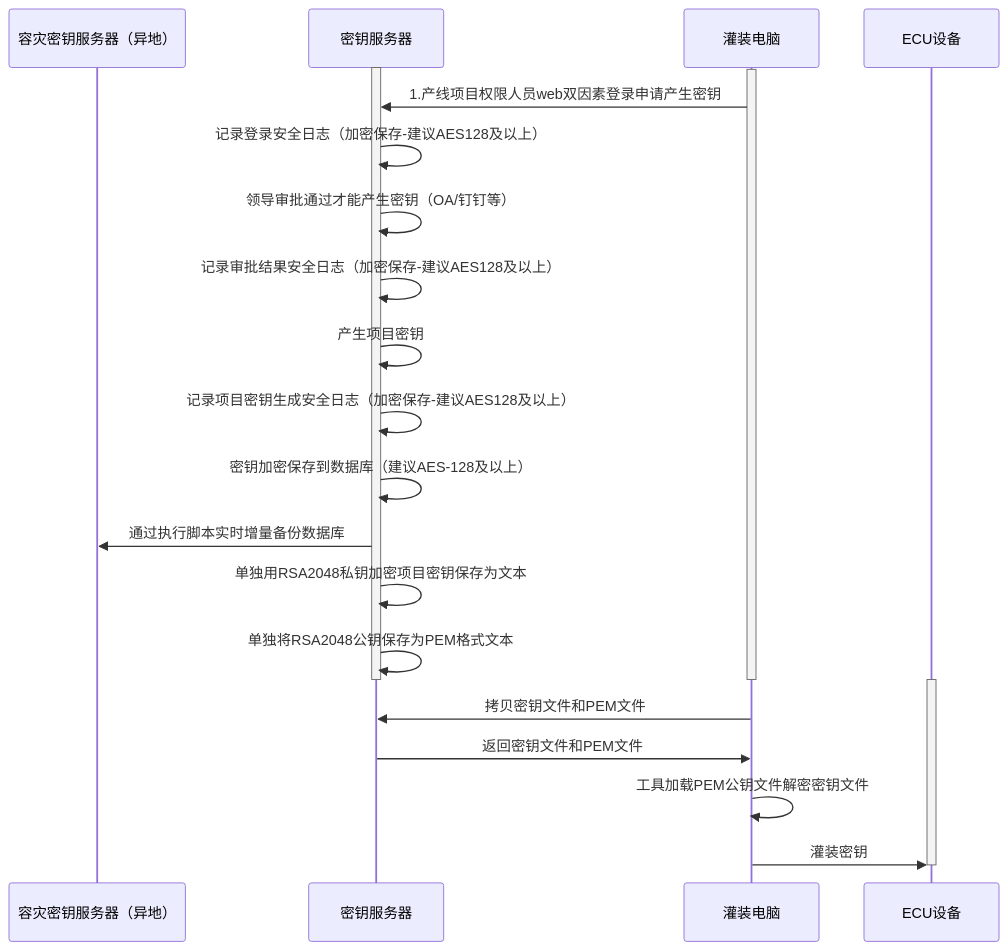
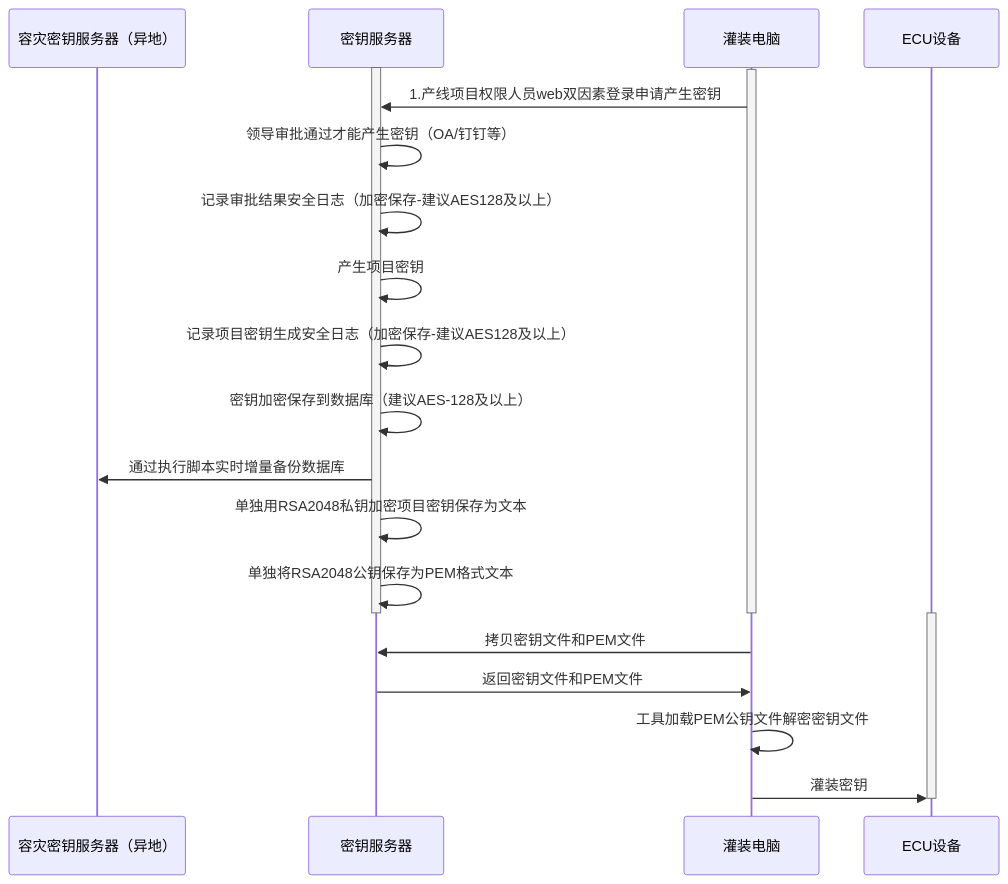
One commit to facebook-cloud/iodraw-files changed the diagram in all/未命名-15.md. Above: the diagram before and after it, drawn with Mermaid.

Commit message:
2026-02-11 19:41:43 update

````diff
--- a/all/未命名-15.md
+++ b/all/未命名-15.md
@@ -1,31 +1,31 @@
 ```mermaid
 sequenceDiagram
     participant A as 容灾密钥服务器（异地）
     participant B as 密钥服务器
     participant D as 灌装电脑
     participant E as ECU设备
 
     activate B
     activate D
     D->>B: 1.产线项目权限人员web双因素登录申请产生密钥
-    B->>B: 记录登录安全日志（加密保存-建议AES128及以上）
+
     B->>B: 领导审批通过才能产生密钥（OA/钉钉等）
     B->>B: 记录审批结果安全日志（加密保存-建议AES128及以上）
     B->>B: 产生项目密钥
     B->>B: 记录项目密钥生成安全日志（加密保存-建议AES128及以上）
     B->>B: 密钥加密保存到数据库（建议AES-128及以上）
     B->>A: 通过执行脚本实时增量备份数据库
 
     B->>B: 单独用RSA2048私钥加密项目密钥保存为文本
     B->>B: 单独将RSA2048公钥保存为PEM格式文本
     deactivate B
     deactivate D
 
     activate E
     D->>B: 拷贝密钥文件和PEM文件
     B->>D: 返回密钥文件和PEM文件
     D->>D:工具加载PEM公钥文件解密密钥文件
     D->>E: 灌装密钥
     deactivate E
 
 ```
````
